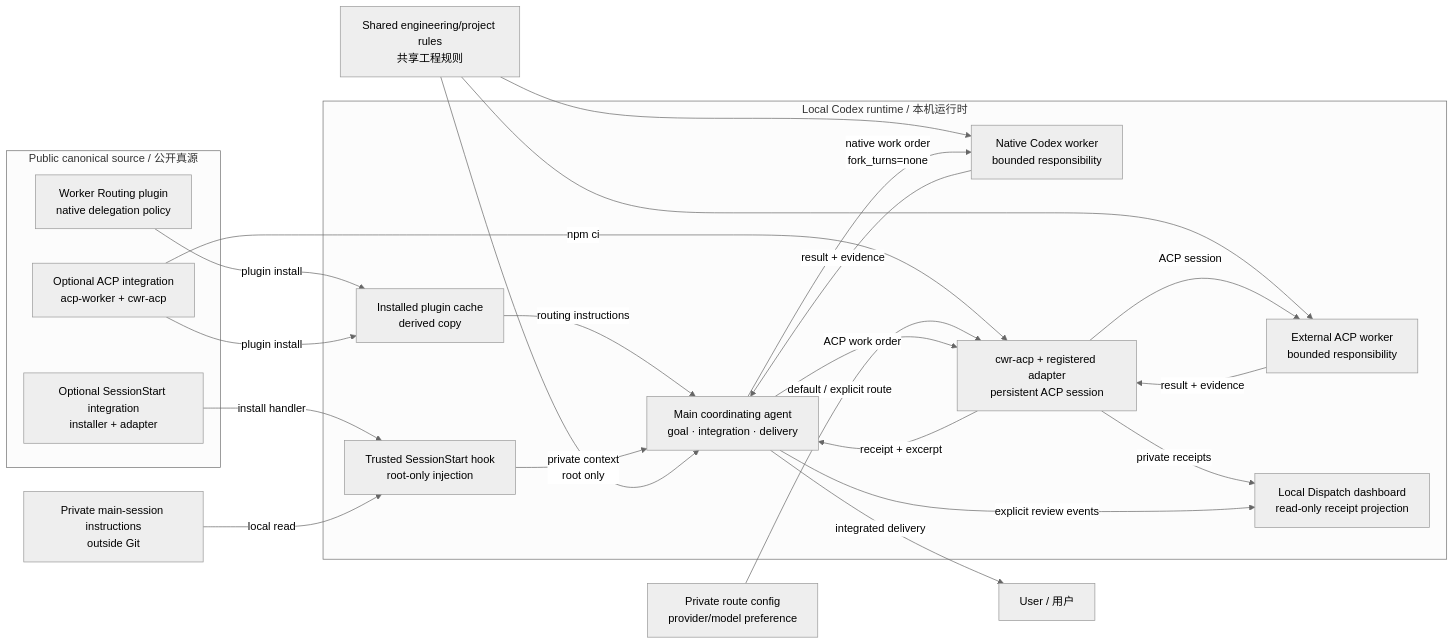
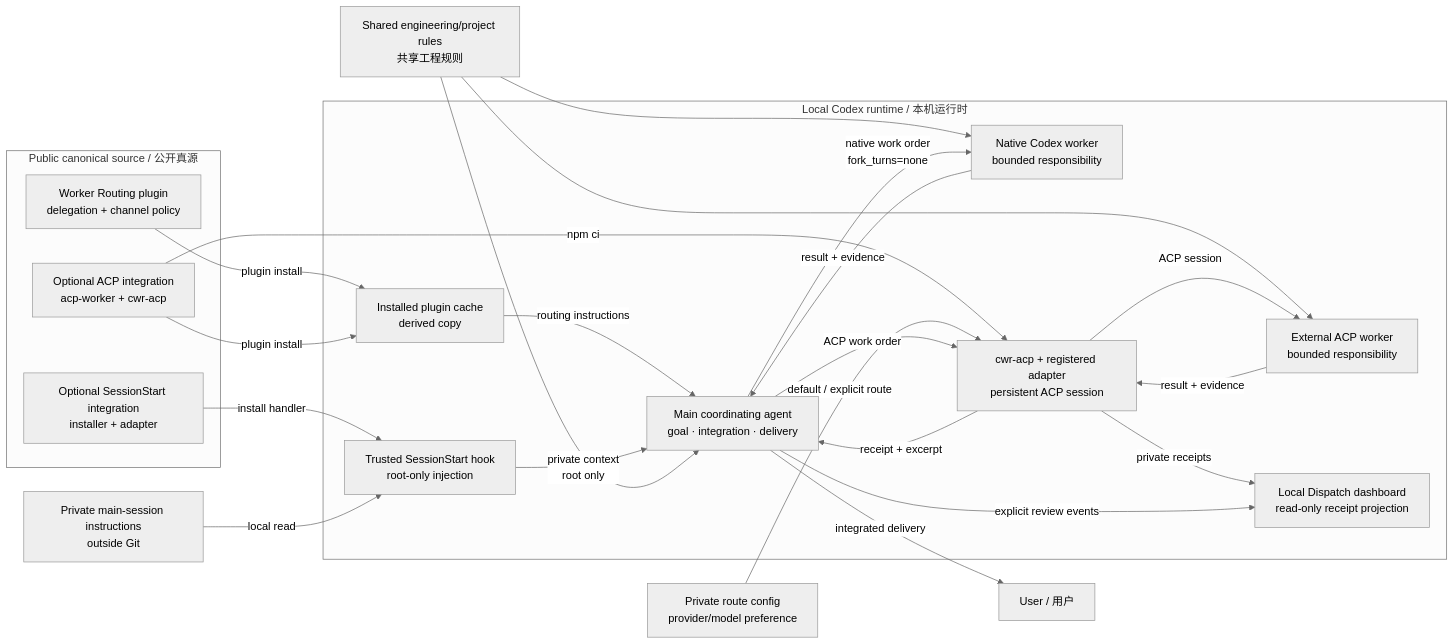
One commit to IndelibleVivi/codex-worker-routing changed the diagram in README.en.md. Above: the diagram before and after it, drawn with Mermaid (neutral theme). The commit also changed other lines of this file and 36 other files, not shown here.

````diff
--- a/README.en.md
+++ b/README.en.md
@@ -82,44 +82,44 @@
 ```mermaid
 flowchart LR
   subgraph Source["Public canonical source / 公开真源"]
-    Policy["Worker Routing plugin<br/>native delegation policy"]
+    Policy["Worker Routing plugin<br/>delegation + channel policy"]
     ACPSource["Optional ACP integration<br/>acp-worker + cwr-acp"]
     Adapter["Optional SessionStart integration<br/>installer + adapter"]
   end
 
   subgraph Local["Local Codex runtime / 本机运行时"]
     Cache["Installed plugin cache<br/>derived copy"]
     Hook["Trusted SessionStart hook<br/>root-only injection"]
     Main["Main coordinating agent<br/>goal · integration · delivery"]
     Native["Native Codex worker<br/>bounded responsibility"]
     ACPBridge["cwr-acp + registered adapter<br/>persistent ACP session"]
     External["External ACP worker<br/>bounded responsibility"]
     Dispatch["Local Dispatch dashboard<br/>read-only receipt projection"]
   end
 
   Private["Private main-session instructions<br/>outside Git"]
   RouteConfig["Private route config<br/>provider/model preference"]
   Shared["Shared engineering/project rules<br/>共享工程规则"]
   User["User / 用户"]
 
   Policy -->|plugin install| Cache
   ACPSource -->|plugin install| Cache
   ACPSource -->|npm ci| ACPBridge
   Cache -->|routing instructions| Main
   Adapter -->|install handler| Hook
   Private -->|local read| Hook
   Hook -->|private context<br/>root only| Main
   RouteConfig -->|default / explicit route| ACPBridge
   Shared --> Main
   Shared --> Native
   Shared --> External
   Main -->|native work order<br/>fork_turns=none| Native
   Native -->|result + evidence| Main
   Main -->|ACP work order| ACPBridge
   ACPBridge -->|ACP session| External
   External -->|result + evidence| ACPBridge
   ACPBridge -->|receipt + excerpt| Main
   ACPBridge -->|private receipts| Dispatch
   Main -->|explicit review events| Dispatch
   Main -->|integrated delivery| User
 ```
````
